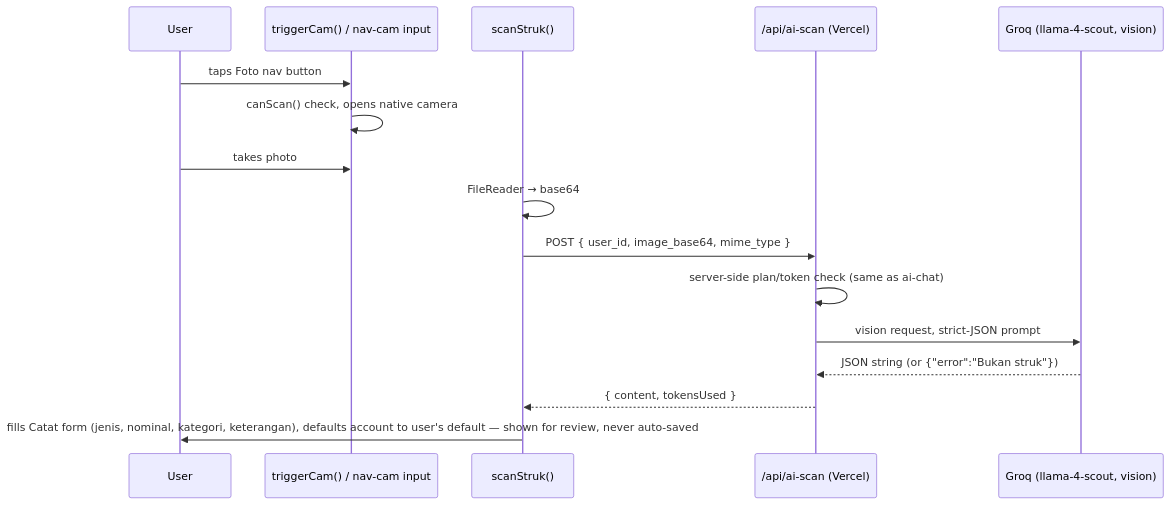
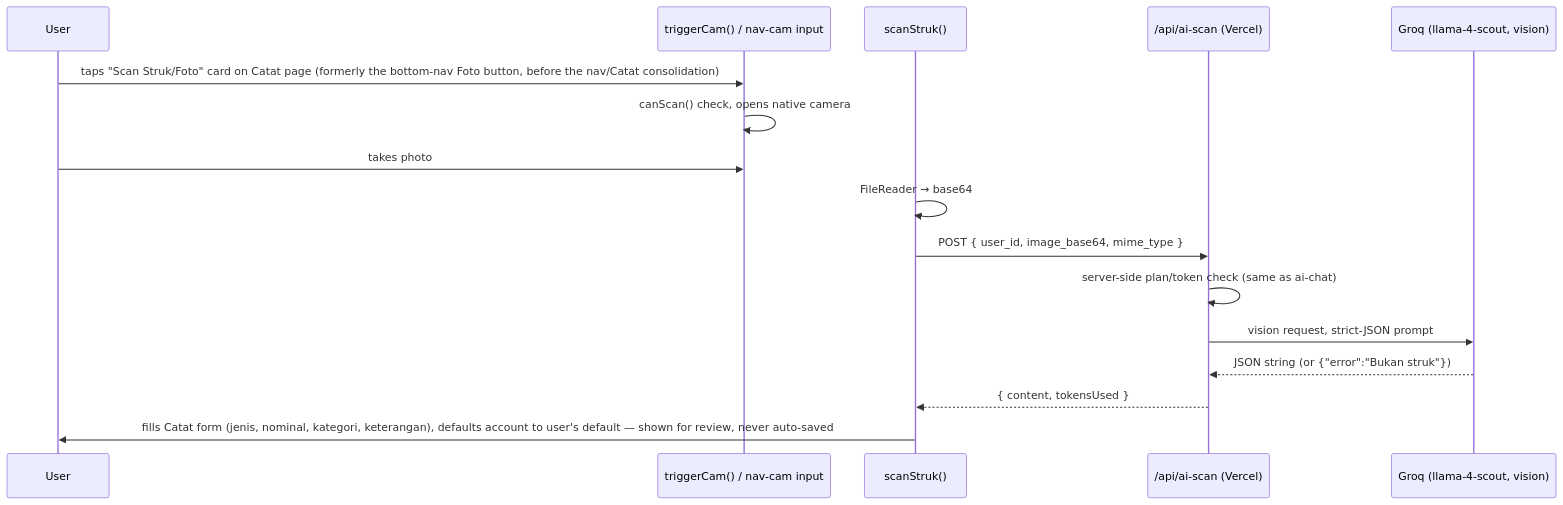
One commit to fadhillahmaurizky-crypto/ai-finance-app changed the second of 2 diagrams in docs/ai.md. Above: the diagram before and after it, drawn with Mermaid. The commit also changed 4 other files, not shown here.

First line of the commit message:
Relabel bottom nav (Foto→Catat, Laporan→Tanya AI) and consolidate Catat scan entry points

````diff
--- a/docs/ai.md
+++ b/docs/ai.md
@@ -32,19 +32,19 @@
 ```mermaid
 sequenceDiagram
     participant U as User
     participant Cam as triggerCam() / nav-cam input
     participant Scan as scanStruk()
     participant API as /api/ai-scan (Vercel)
     participant GROQ as Groq (llama-4-scout, vision)
 
-    U->>Cam: taps Foto nav button
+    U->>Cam: taps "Scan Struk/Foto" card on Catat page (formerly the bottom-nav Foto button, before the nav/Catat consolidation)
     Cam->>Cam: canScan() check, opens native camera
     U->>Cam: takes photo
     Scan->>Scan: FileReader → base64
     Scan->>API: POST { user_id, image_base64, mime_type }
     API->>API: server-side plan/token check (same as ai-chat)
     API->>GROQ: vision request, strict-JSON prompt
     GROQ-->>API: JSON string (or {"error":"Bukan struk"})
     API-->>Scan: { content, tokensUsed }
     Scan->>U: fills Catat form (jenis, nominal, kategori, keterangan), defaults account to user's default — shown for review, never auto-saved
 ```
````
